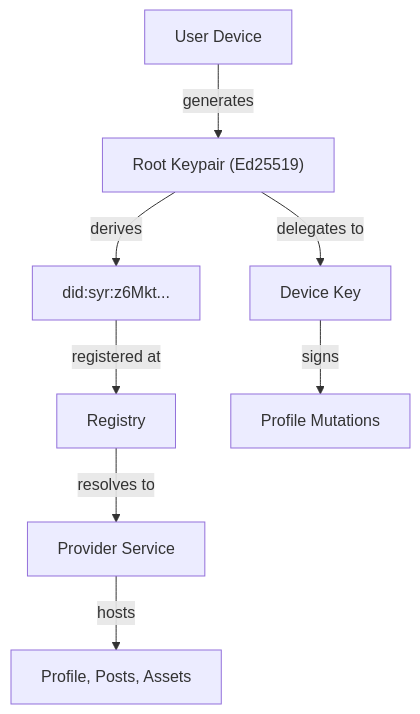
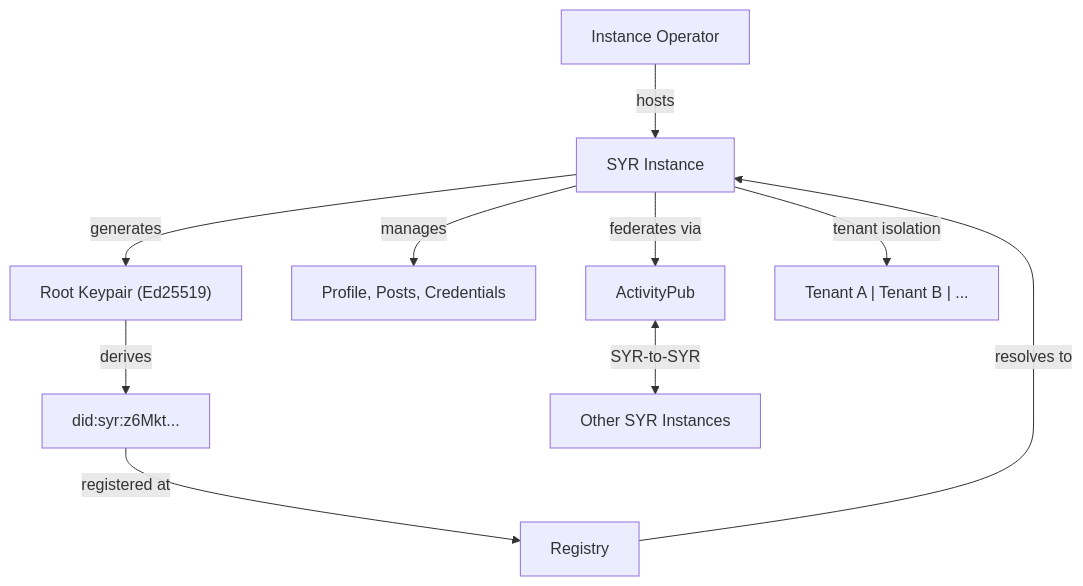
The diagram in apps/docs/src/routes/introduction/+page.md (syr-is/syr), drawn with Mermaid before and after one commit. The commit also changed other lines of this file and 52 other files, not shown here.

````diff
--- a/apps/docs/src/routes/introduction/+page.md
+++ b/apps/docs/src/routes/introduction/+page.md
@@ -42,10 +44,12 @@
 ```mermaid
 flowchart TD
-    UserDevice["User Device"] -->|generates| RootKey["Root Keypair (Ed25519)"]
+    Operator["Instance Operator"] -->|hosts| SYR["SYR Instance"]
+    SYR -->|generates| RootKey["Root Keypair (Ed25519)"]
     RootKey -->|derives| DID["did:syr:z6Mkt..."]
     DID -->|registered at| Registry["Registry"]
-    Registry -->|resolves to| Provider["Provider Service"]
-    Provider -->|hosts| ProfileData["Profile, Posts, Assets"]
-    RootKey -->|delegates to| DeviceKey["Device Key"]
-    DeviceKey -->|signs| Mutations["Profile Mutations"]
+    Registry -->|resolves to| SYR
+    SYR -->|manages| ProfileData["Profile, Posts, Credentials"]
+    SYR -->|federates via| AP["ActivityPub"]
+    AP <-->|SYR-to-SYR| OtherSYR["Other SYR Instances"]
+    SYR -->|tenant isolation| Tenants["Tenant A | Tenant B | ..."]
 ```
````
